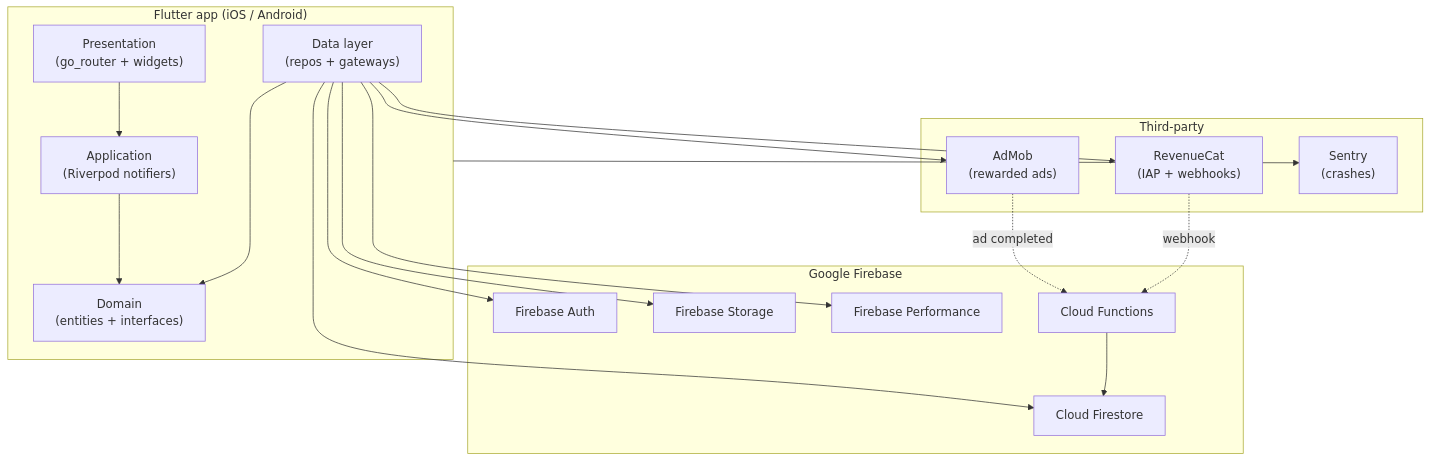
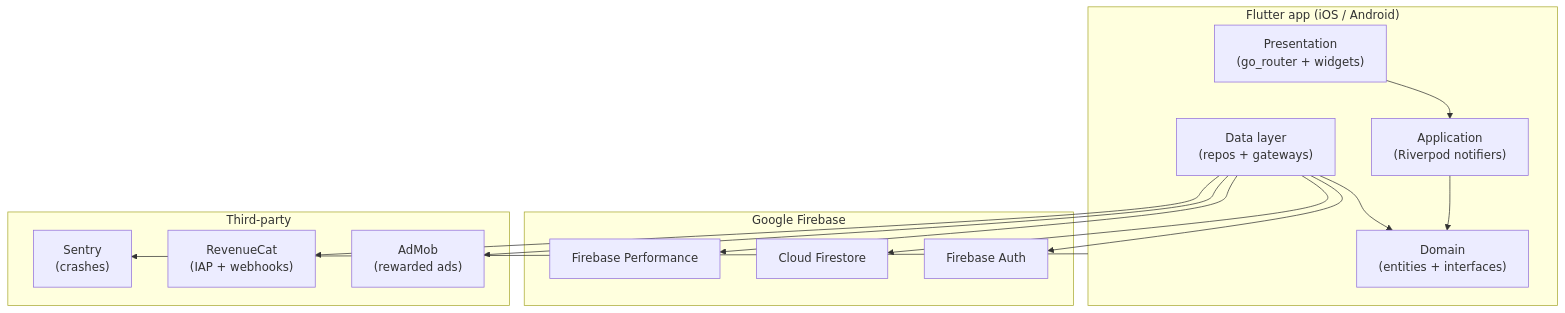
Before and after one commit to delevski/ShortiGo: the first of 9 diagrams in README.md, drawn with Mermaid. The commit also changed other lines of this file and 15 other files, not shown here.

````diff
--- a/README.md
+++ b/README.md
@@ -41,36 +41,30 @@
 ```mermaid
 flowchart TB
   subgraph Client["Flutter app (iOS / Android)"]
     UI["Presentation\n(go_router + widgets)"]
     App["Application\n(Riverpod notifiers)"]
     Domain["Domain\n(entities + interfaces)"]
     Data["Data layer\n(repos + gateways)"]
     UI --> App --> Domain
     Data --> Domain
   end
 
   subgraph Firebase["Google Firebase"]
     Auth["Firebase Auth"]
     FS["Cloud Firestore"]
-    Storage["Firebase Storage"]
     Perf["Firebase Performance"]
-    CF["Cloud Functions"]
   end
 
   subgraph External["Third-party"]
     AdMob["AdMob\n(rewarded ads)"]
     RC["RevenueCat\n(IAP + webhooks)"]
     Sentry["Sentry\n(crashes)"]
   end
 
   Data --> Auth
   Data --> FS
-  Data --> Storage
   Data --> Perf
   Data --> AdMob
   Data --> RC
   Client --> Sentry
-  AdMob -.->|ad completed| CF
-  RC -.->|webhook| CF
-  CF --> FS
 ```
````
